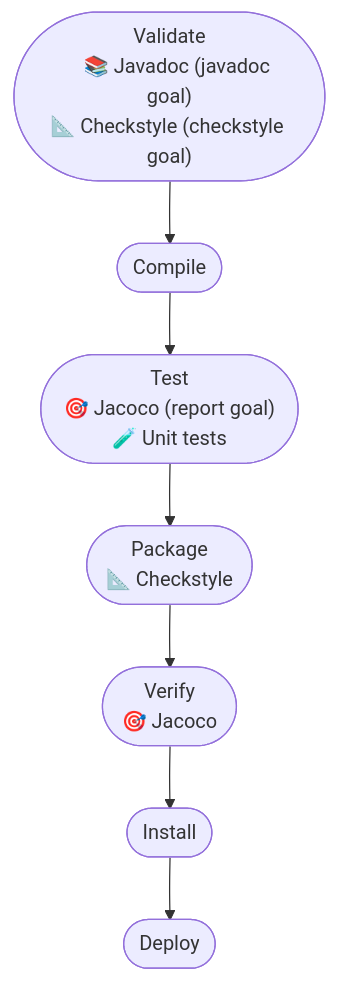
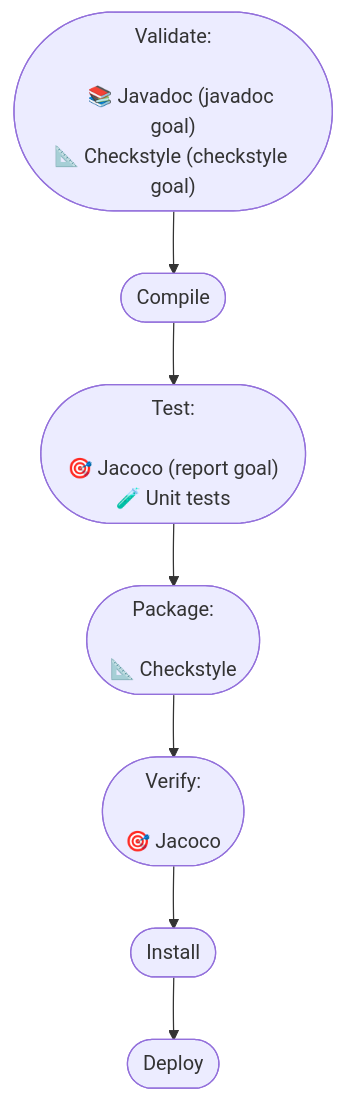
Before and after one commit to antoinebrunet1/shortesttm-path: the diagram in README.md, drawn with Mermaid.

Commit message:
Add : and new line next to phases in Maven diagram

````diff
--- a/README.md
+++ b/README.md
@@ -57,15 +57,19 @@
 ```mermaid
 graph TD;
-    id1(["Validate
+    id1(["Validate:
+    
     📚 Javadoc (javadoc goal)
 📐 Checkstyle (checkstyle goal)"])-->id2([Compile])
     id2([Compile])-->id3([Test])
-    id3(["Test
+    id3(["Test:
+    
 🎯 Jacoco (report goal)
 🧪 Unit tests"])-->id4([Package])
-    id4(["Package
+    id4(["Package:
+    
 📐 Checkstyle"])-->id5([Verify])
-    id5(["Verify
+    id5(["Verify:
+    
 🎯 Jacoco"])-->id6([Install])
     id6([Install])-->id7([Deploy])
 ```
````
